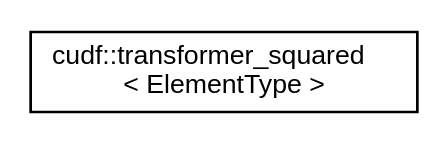
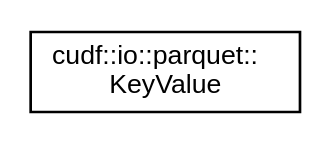
The diagram in libcudf/0.8.0/inherit_graph_157.dot (rapidsai/projects), drawn with Graphviz before and after one commit. The commit also changed 719 other files, not shown here.

```diff
--- a/libcudf/0.8.0/inherit_graph_157.dot
+++ b/libcudf/0.8.0/inherit_graph_157.dot
@@ -1,7 +1,7 @@
 digraph "Graphical Class Hierarchy"
 {
   edge [fontname="Helvetica",fontsize="10",labelfontname="Helvetica",labelfontsize="10"];
   node [fontname="Helvetica",fontsize="10",shape=record];
   rankdir="LR";
-  Node0 [label="cudf::transformer_squared\l\< ElementType \>",height=0.2,width=0.4,color="black", fillcolor="white", style="filled",URL="$structcudf_1_1transformer__squared.html",tooltip="Transforms a scalar by first casting to another type, and then squaring the result. "];
+  Node0 [label="cudf::io::parquet::\lKeyValue",height=0.2,width=0.4,color="black", fillcolor="white", style="filled",URL="$structcudf_1_1io_1_1parquet_1_1KeyValue.html",tooltip="Thrift-derived struct describing a key-value pair, for user metadata. "];
 }
```
